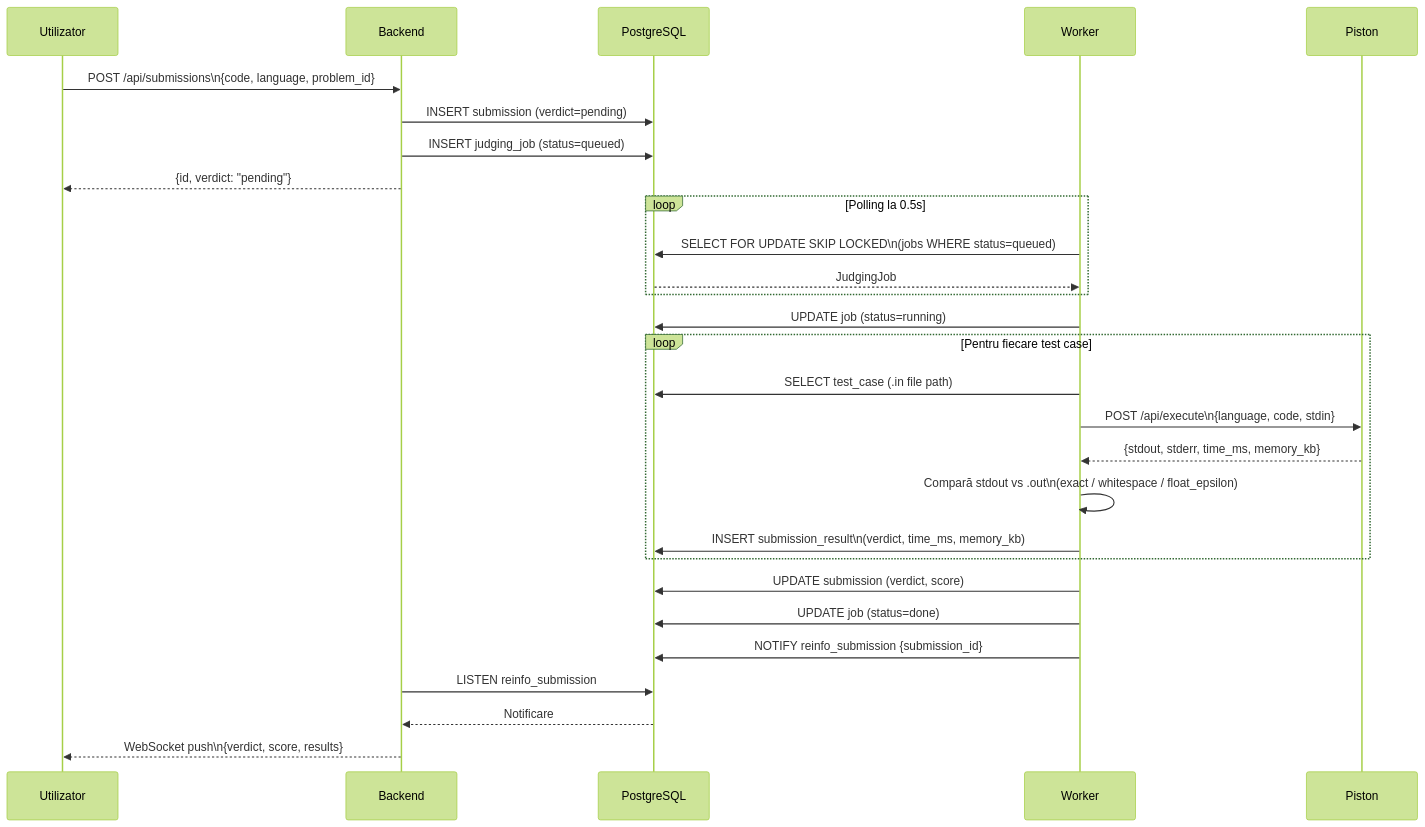
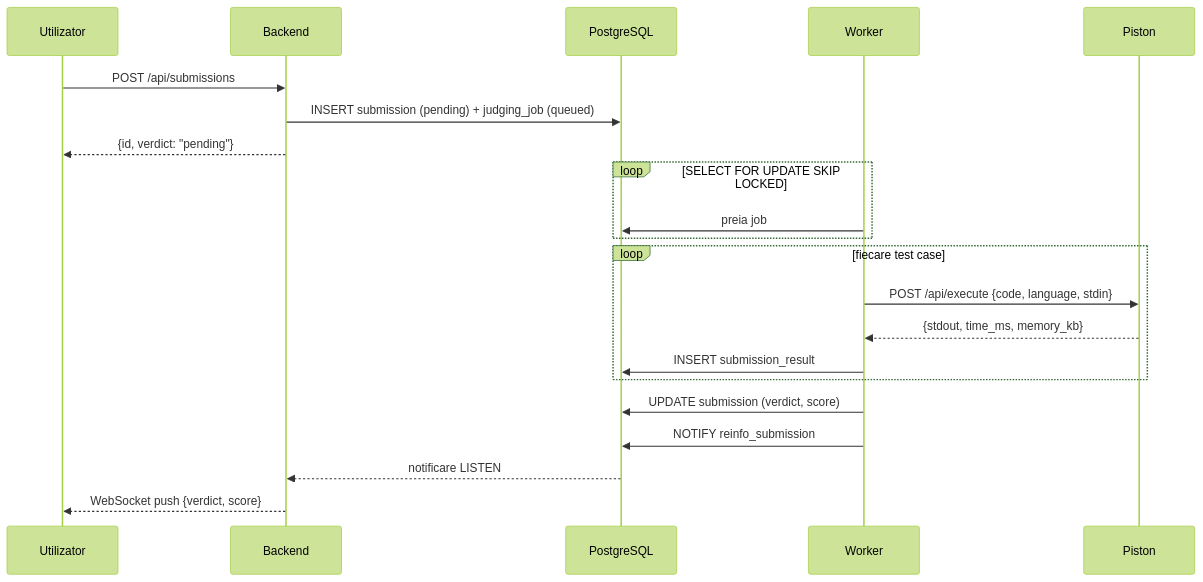
Before and after one commit to dragosgatan/reinfo: the second of 4 diagrams in docs/ARCHITECTURE.md, drawn with Mermaid (forest theme). The commit also changed other lines of this file and 7 other files, not shown here.

````diff
--- a/docs/ARCHITECTURE.md
+++ b/docs/ARCHITECTURE.md
@@ -85,36 +32,27 @@
 ```mermaid
 sequenceDiagram
     participant U as Utilizator
     participant BE as Backend
     participant DB as PostgreSQL
     participant WK as Worker
     participant PS as Piston
 
-    U->>BE: POST /api/submissions\n{code, language, problem_id}
-    BE->>DB: INSERT submission (verdict=pending)
-    BE->>DB: INSERT judging_job (status=queued)
+    U->>BE: POST /api/submissions
+    BE->>DB: INSERT submission (pending) + judging_job (queued)
     BE-->>U: {id, verdict: "pending"}
 
-    loop Polling la 0.5s
-        WK->>DB: SELECT FOR UPDATE SKIP LOCKED\n(jobs WHERE status=queued)
-        DB-->>WK: JudgingJob
+    loop SELECT FOR UPDATE SKIP LOCKED
+        WK->>DB: preia job
     end
 
-    WK->>DB: UPDATE job (status=running)
-
-    loop Pentru fiecare test case
-        WK->>DB: SELECT test_case (.in file path)
-        WK->>PS: POST /api/execute\n{language, code, stdin}
-        PS-->>WK: {stdout, stderr, time_ms, memory_kb}
-        WK->>WK: Compară stdout vs .out\n(exact / whitespace / float_epsilon)
-        WK->>DB: INSERT submission_result\n(verdict, time_ms, memory_kb)
+    loop fiecare test case
+        WK->>PS: POST /api/execute {code, language, stdin}
+        PS-->>WK: {stdout, time_ms, memory_kb}
+        WK->>DB: INSERT submission_result
     end
 
     WK->>DB: UPDATE submission (verdict, score)
-    WK->>DB: UPDATE job (status=done)
-    WK->>DB: NOTIFY reinfo_submission {submission_id}
-
-    BE->>DB: LISTEN reinfo_submission
-    DB-->>BE: Notificare
-    BE-->>U: WebSocket push\n{verdict, score, results}
+    WK->>DB: NOTIFY reinfo_submission
+    DB-->>BE: notificare LISTEN
+    BE-->>U: WebSocket push {verdict, score}
 ```
````
